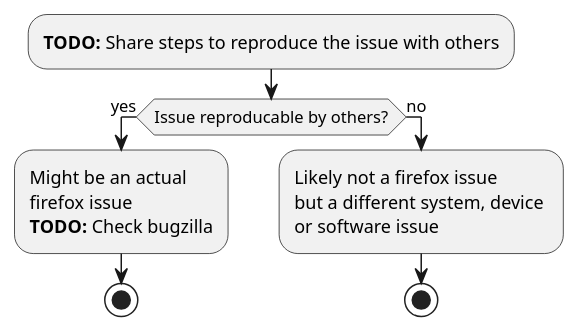
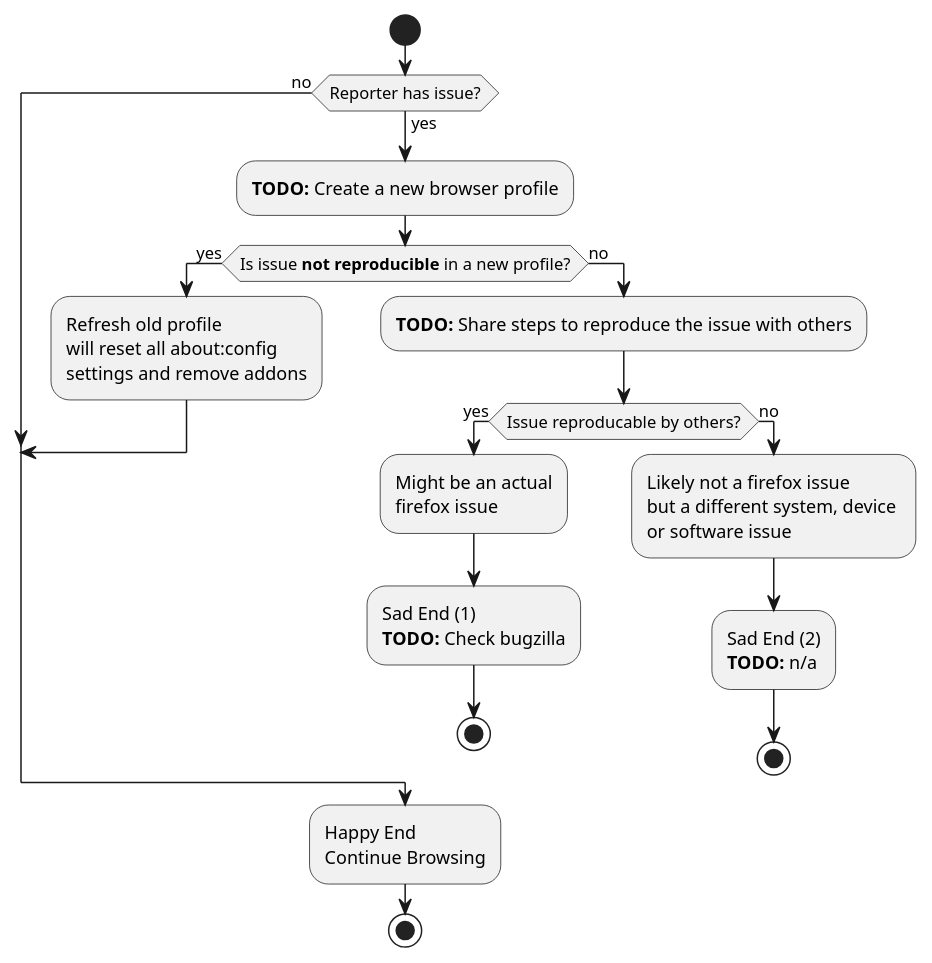
The diagram in ff_basic_troubleshooting.puml (igorlogius/igorlogius), drawn with PlantUML before and after one commit.

```diff
--- a/ff_basic_troubleshooting.puml
+++ b/ff_basic_troubleshooting.puml
@@ -1,12 +1,32 @@
+@startuml
+start
+   while (Reporter has issue?) is (yes)
+    :**TODO:** Create a new browser profile;
+    if (Is issue **not reproducible** in a new profile?) then (yes)
+    :Refresh old profile
+    will reset all about:config 
+    settings and remove addons;
+    break
+  else (no)
     :**TODO:** Share steps to reproduce the issue with others;
     if (Issue reproducable by others?) then (yes)
       :Might be an actual
-      firefox issue
-      **TODO:** Check bugzilla;
-      stop
+      firefox issue;
+    :Sad End (1) 
+    **TODO:** Check bugzilla;
+    stop
     else (no)
       :Likely not a firefox issue
       but a different system, device 
       or software issue;
-      stop
+    :Sad End (2) 
+    **TODO:** n/a;
+    stop
     endif
+  endif
+  endwhile (no)
+  label HappyEnd
+  :Happy End
+  Continue Browsing;
+ stop
+@enduml
```
